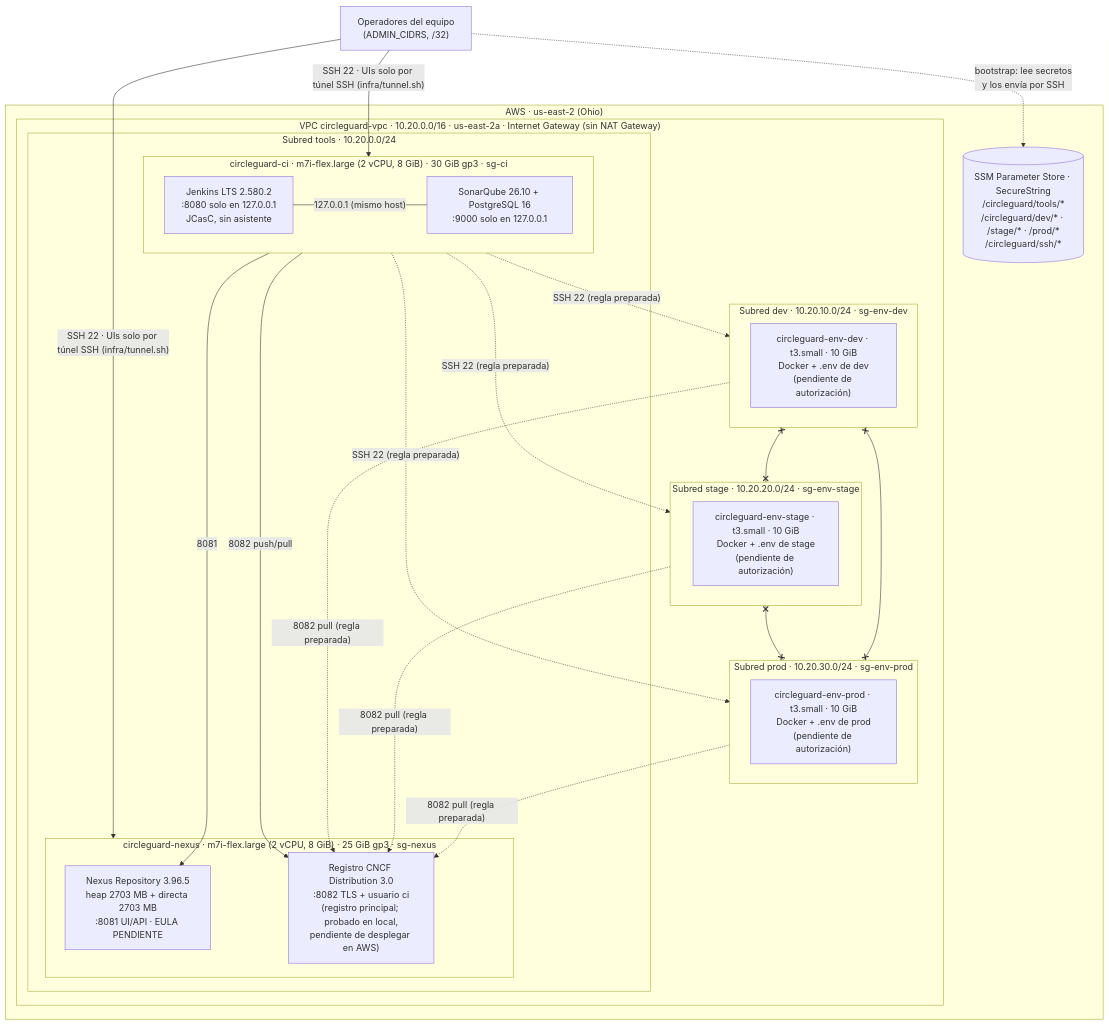
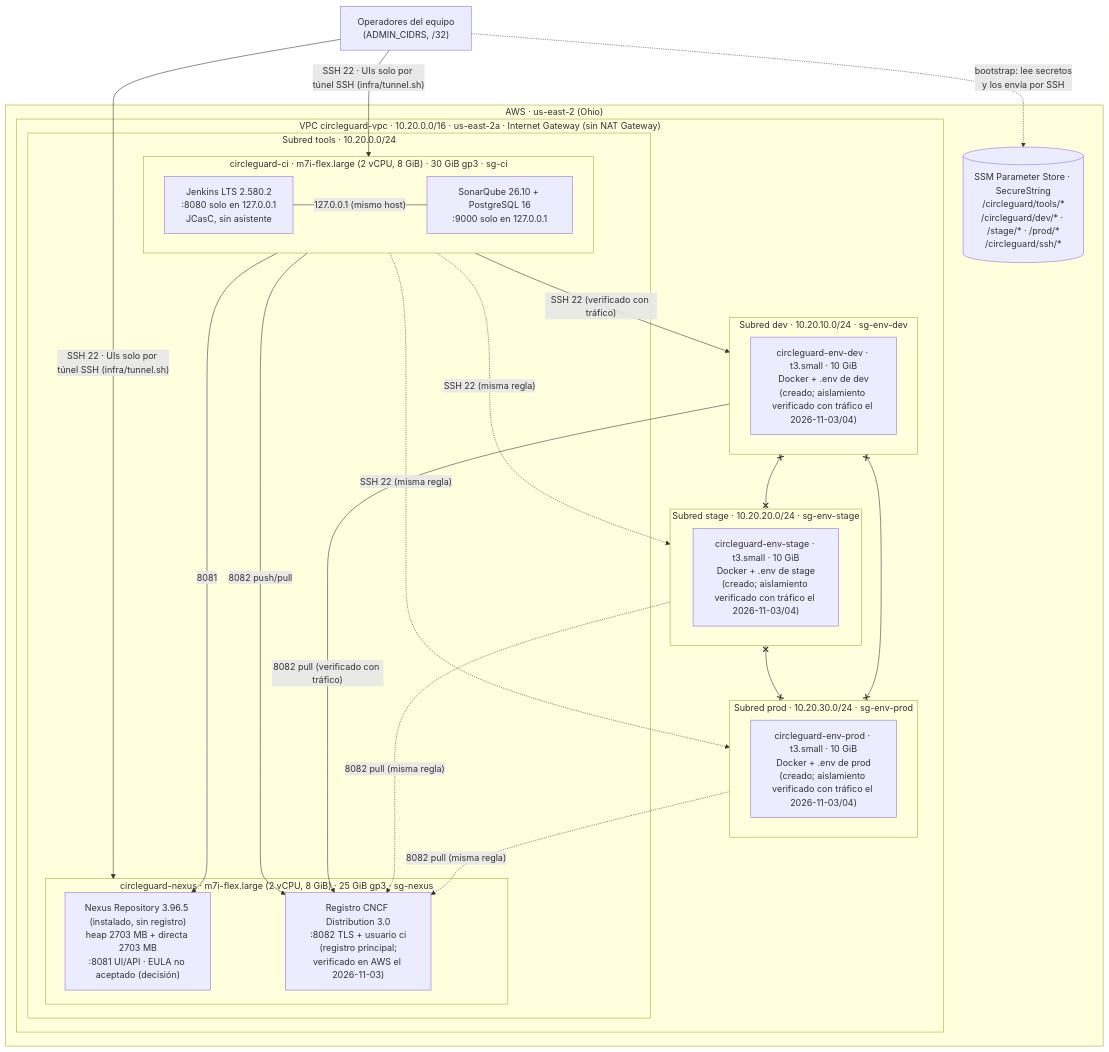
One commit to ingesoft5/circle-guard-finalproject_A00400179_A00399934_A00399492 changed the first of 2 diagrams in docs/arquitectura/infra-ambientes.md. Above: the diagram before and after it, drawn with Mermaid. The commit also changed other lines of this file and 54 other files, not shown here.

````diff
--- a/docs/arquitectura/infra-ambientes.md
+++ b/docs/arquitectura/infra-ambientes.md
@@ -14,41 +16,43 @@
 ```mermaid
 flowchart TB
     ops["Operadores del equipo<br/>(ADMIN_CIDRS, /32)"]
 
     subgraph aws["AWS · us-east-2 (Ohio)"]
         ssm[("SSM Parameter Store · SecureString<br/>/circleguard/tools/*<br/>/circleguard/dev/* · /stage/* · /prod/*<br/>/circleguard/ssh/*")]
 
         subgraph vpc["VPC circleguard-vpc · 10.20.0.0/16 · us-east-2a · Internet Gateway (sin NAT Gateway)"]
             subgraph tools["Subred tools · 10.20.0.0/24"]
                 subgraph ci["circleguard-ci · m7i-flex.large (2 vCPU, 8 GiB) · 30 GiB gp3 · sg-ci"]
                     jenkins["Jenkins LTS 2.580.2<br/>:8080 solo en 127.0.0.1<br/>JCasC, sin asistente"]
                     sonar["SonarQube 26.10 + PostgreSQL 16<br/>:9000 solo en 127.0.0.1"]
                 end
                 subgraph nx["circleguard-nexus · m7i-flex.large (2 vCPU, 8 GiB) · 25 GiB gp3 · sg-nexus"]
-                    nexus["Nexus Repository 3.96.5<br/>heap 2703 MB + directa 2703 MB<br/>:8081 UI/API · EULA PENDIENTE"]
-                    registry["Registro CNCF Distribution 3.0<br/>:8082 TLS + usuario ci<br/>(registro principal; probado en local,<br/>pendiente de desplegar en AWS)"]
+                    nexus["Nexus Repository 3.96.5 (instalado, sin registro)<br/>heap 2703 MB + directa 2703 MB<br/>:8081 UI/API · EULA no aceptado (decisión)"]
+                    registry["Registro CNCF Distribution 3.0<br/>:8082 TLS + usuario ci<br/>(registro principal;<br/>verificado en AWS el 2026-11-03)"]
                 end
             end
             subgraph dev["Subred dev · 10.20.10.0/24 · sg-env-dev"]
-                envdev["circleguard-env-dev · t3.small · 10 GiB<br/>Docker + .env de dev<br/>(pendiente de autorización)"]
+                envdev["circleguard-env-dev · t3.small · 10 GiB<br/>Docker + .env de dev<br/>(creado; aislamiento verificado con tráfico el 2026-11-03/04)"]
             end
             subgraph stage["Subred stage · 10.20.20.0/24 · sg-env-stage"]
-                envstage["circleguard-env-stage · t3.small · 10 GiB<br/>Docker + .env de stage<br/>(pendiente de autorización)"]
+                envstage["circleguard-env-stage · t3.small · 10 GiB<br/>Docker + .env de stage<br/>(creado; aislamiento verificado con tráfico el 2026-11-03/04)"]
             end
             subgraph prod["Subred prod · 10.20.30.0/24 · sg-env-prod"]
-                envprod["circleguard-env-prod · t3.small · 10 GiB<br/>Docker + .env de prod<br/>(pendiente de autorización)"]
+                envprod["circleguard-env-prod · t3.small · 10 GiB<br/>Docker + .env de prod<br/>(creado; aislamiento verificado con tráfico el 2026-11-03/04)"]
             end
         end
     end
 
     ops -- "SSH 22 · UIs solo por túnel SSH (infra/tunnel.sh)" --> ci & nx
     ops -. "bootstrap: lee secretos<br/>y los envía por SSH" .-> ssm
     jenkins -- "127.0.0.1 (mismo host)" --- sonar
     ci -- "8081" --> nexus
     ci -- "8082 push/pull" --> registry
-    ci -. "SSH 22 (regla preparada)" .-> dev & stage & prod
-    dev & stage & prod -. "8082 pull (regla preparada)" .-> registry
+    ci -- "SSH 22 (verificado con tráfico)" --> dev
+    ci -. "SSH 22 (misma regla)" .-> stage & prod
+    dev -- "8082 pull (verificado con tráfico)" --> registry
+    stage & prod -. "8082 pull (misma regla)" .-> registry
     dev x--x stage
     stage x--x prod
     dev x--x prod
 ```
````
